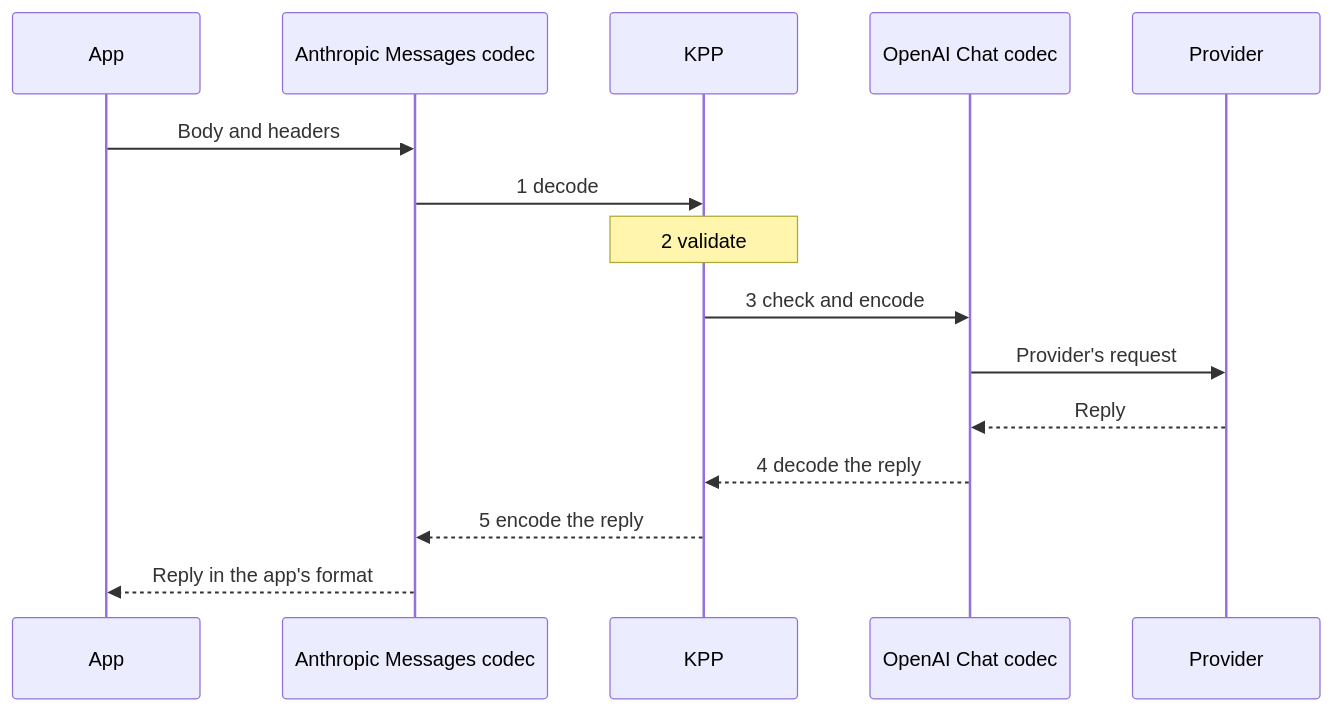
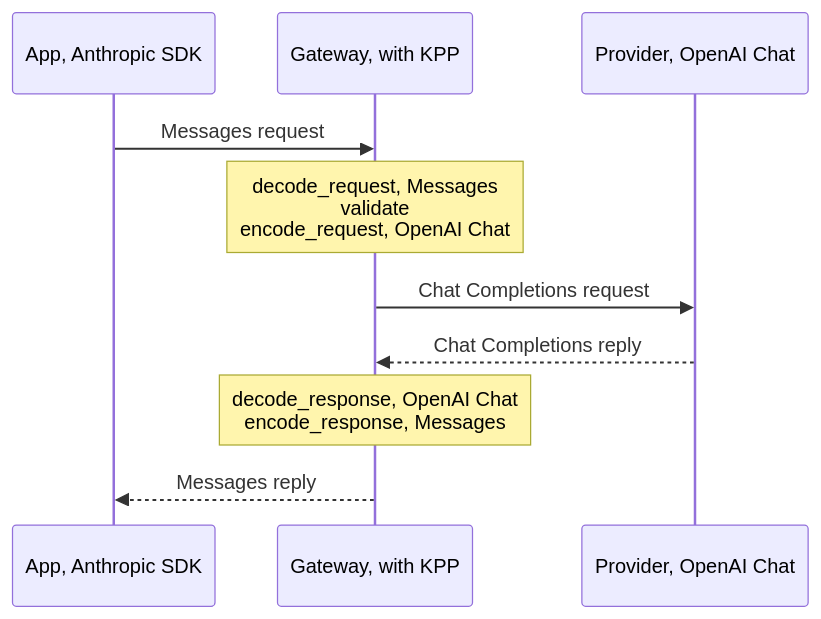
One commit to logicplanes/kaeso changed the diagram in apps/docs/content/en/development/kpp/index.md. Above: the diagram before and after it, drawn with Mermaid. The commit also changed 89 other files, not shown here.

First line of the commit message:
Redraw the development pages' diagrams around what a contributor changes

````diff
--- a/apps/docs/content/en/development/kpp/index.md
+++ b/apps/docs/content/en/development/kpp/index.md
@@ -36,19 +36,14 @@
 ```mermaid
 sequenceDiagram
   accTitle: The path of a request through KPP
-  accDescr: The Anthropic Messages codec decodes the app's request into KPP, which is validated. The OpenAI Chat Completions codec checks it, encodes it, and the gateway sends it to the provider. The provider's reply is decoded into KPP by the same codec and encoded in the app's format by the app's codec.
-  participant App
-  participant In as Anthropic Messages codec
-  participant KPP
-  participant Out as OpenAI Chat codec
-  participant Provider
-  App->>In: Body and headers
-  In->>KPP: 1 decode
-  Note over KPP: 2 validate
-  KPP->>Out: 3 check and encode
-  Out->>Provider: Provider's request
-  Provider-->>Out: Reply
-  Out-->>KPP: 4 decode the reply
-  KPP-->>In: 5 encode the reply
-  In-->>App: Reply in the app's format
+  accDescr: An app with the Anthropic SDK sends a Messages request. In the gateway, KPP decodes it with the Messages codec, validates it and encodes it with the OpenAI Chat codec, and the gateway sends it to the provider. KPP decodes the provider's reply with the OpenAI Chat codec and encodes it for the app with the Messages codec.
+  participant App as App, Anthropic SDK
+  participant Gateway as Gateway, with KPP
+  participant Provider as Provider, OpenAI Chat
+  App->>Gateway: Messages request
+  Note over Gateway: decode_request, Messages<br>validate<br>encode_request, OpenAI Chat
+  Gateway->>Provider: Chat Completions request
+  Provider-->>Gateway: Chat Completions reply
+  Note over Gateway: decode_response, OpenAI Chat<br>encode_response, Messages
+  Gateway-->>App: Messages reply
 ```
````
